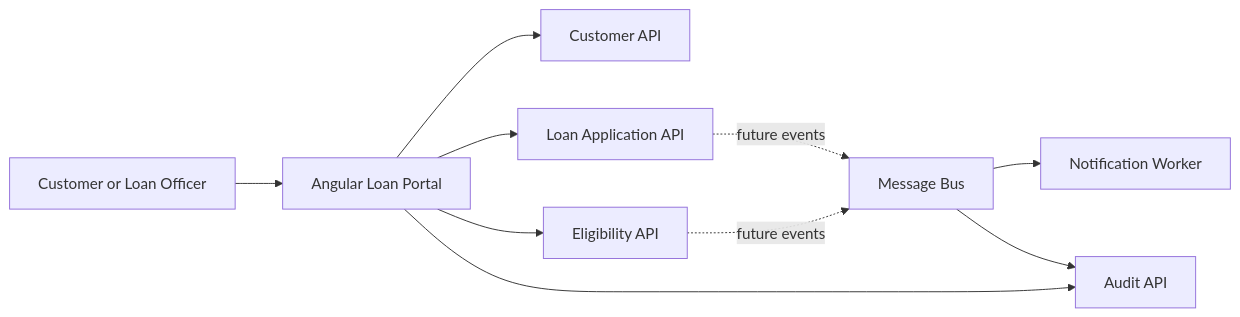
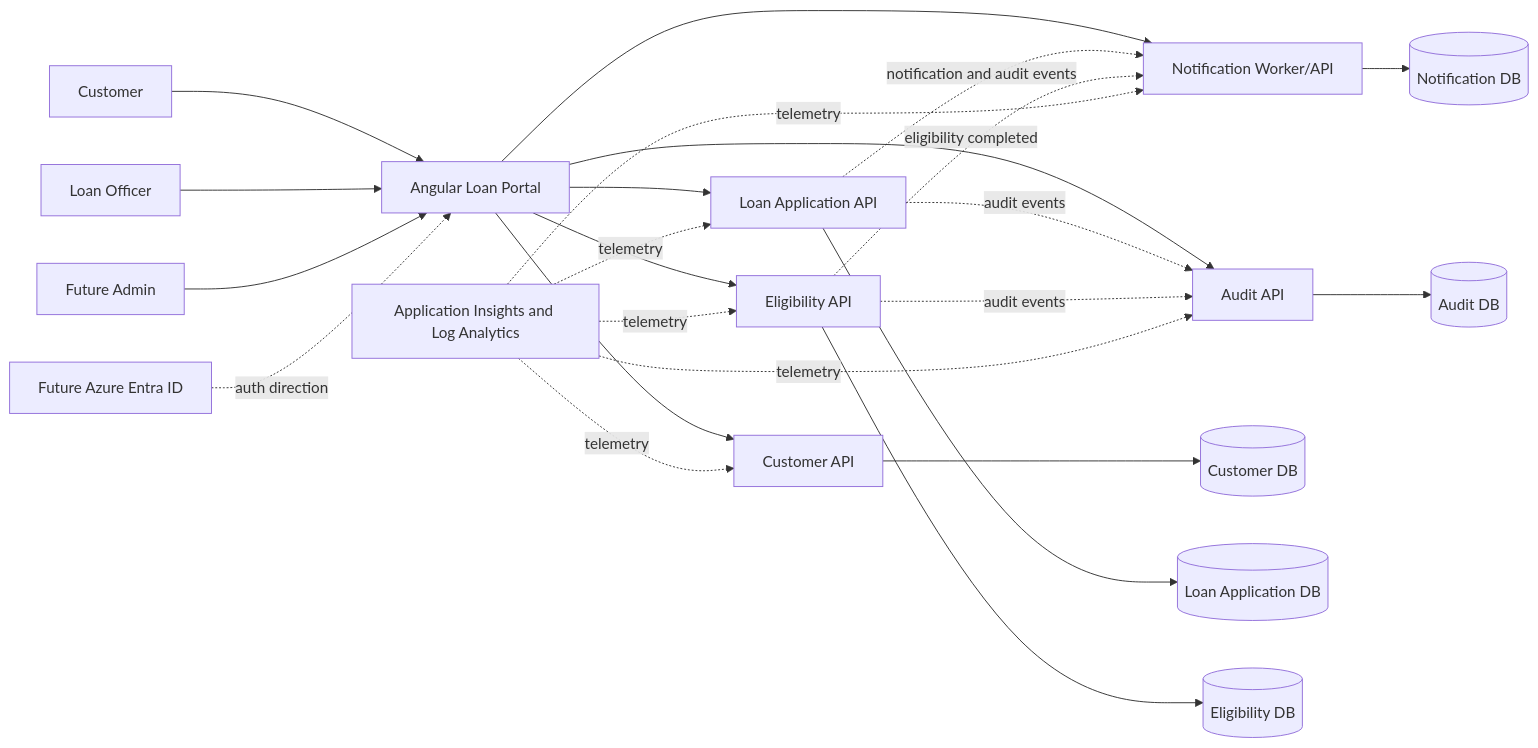
One commit to majikoushik/enterprise-loan-origination-platform changed the diagram in architecture/diagrams/system-context.md. Above: the diagram before and after it, drawn with Mermaid. The commit also changed 42 other files, not shown here.

````diff
--- a/architecture/diagrams/system-context.md
+++ b/architecture/diagrams/system-context.md
@@ -3,12 +3,30 @@
 ```mermaid
 flowchart LR
-  Customer[Customer or Loan Officer] --> Portal[Angular Loan Portal]
+  Customer[Customer] --> Portal[Angular Loan Portal]
+  LoanOfficer[Loan Officer] --> Portal
+  Admin[Future Admin] --> Portal
+
   Portal --> CustomerApi[Customer API]
   Portal --> LoanApi[Loan Application API]
   Portal --> EligibilityApi[Eligibility API]
+  Portal --> NotificationApi[Notification Worker/API]
   Portal --> AuditApi[Audit API]
-  LoanApi -. future events .-> Bus[Message Bus]
-  EligibilityApi -. future events .-> Bus
-  Bus --> NotificationWorker[Notification Worker]
-  Bus --> AuditApi
+
+  CustomerApi --> CustomerDb[(Customer DB)]
+  LoanApi --> LoanDb[(Loan Application DB)]
+  EligibilityApi --> EligibilityDb[(Eligibility DB)]
+  NotificationApi --> NotificationDb[(Notification DB)]
+  AuditApi --> AuditDb[(Audit DB)]
+
+  LoanApi -. notification and audit events .-> NotificationApi
+  LoanApi -. audit events .-> AuditApi
+  EligibilityApi -. eligibility completed .-> NotificationApi
+  EligibilityApi -. audit events .-> AuditApi
+
+  Entra[Future Azure Entra ID] -. auth direction .-> Portal
+  Monitor[Application Insights and Log Analytics] -. telemetry .-> CustomerApi
+  Monitor -. telemetry .-> LoanApi
+  Monitor -. telemetry .-> EligibilityApi
+  Monitor -. telemetry .-> NotificationApi
+  Monitor -. telemetry .-> AuditApi
 ```
````
